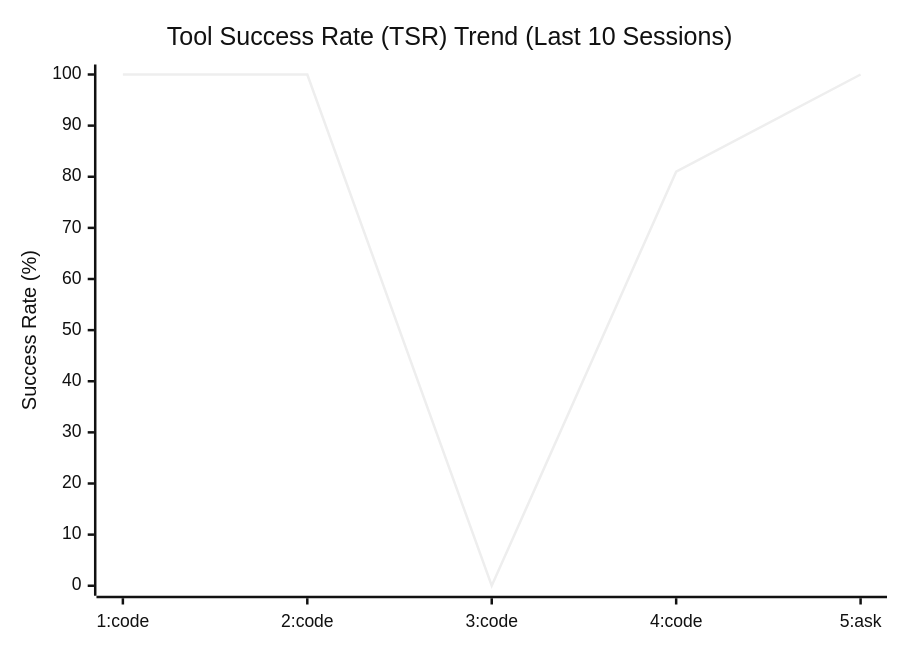
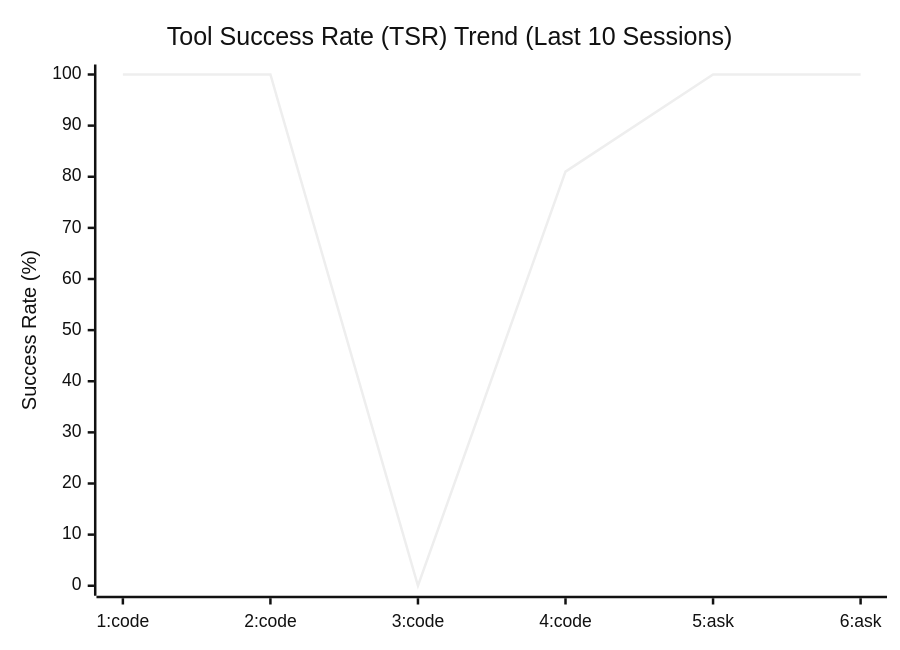
Before and after one commit to centervil/roocode-factory: the first of 4 diagrams in docs/dashboard.md, drawn with Mermaid (neutral theme). The commit also changed other lines of this file and 10 other files, not shown here.

````diff
--- a/docs/dashboard.md
+++ b/docs/dashboard.md
@@ -8,7 +8,7 @@
 ```mermaid
 xychart-beta
     title "Tool Success Rate (TSR) Trend (Last 10 Sessions)"
-    x-axis ["1:code", "2:code", "3:code", "4:code", "5:ask"]
+    x-axis ["1:code", "2:code", "3:code", "4:code", "5:ask", "6:ask"]
     y-axis "Success Rate (%)" 0 --> 100
-    line [100, 100, 0, 81, 100]
+    line [100, 100, 0, 81, 100, 100]
 ```
````
